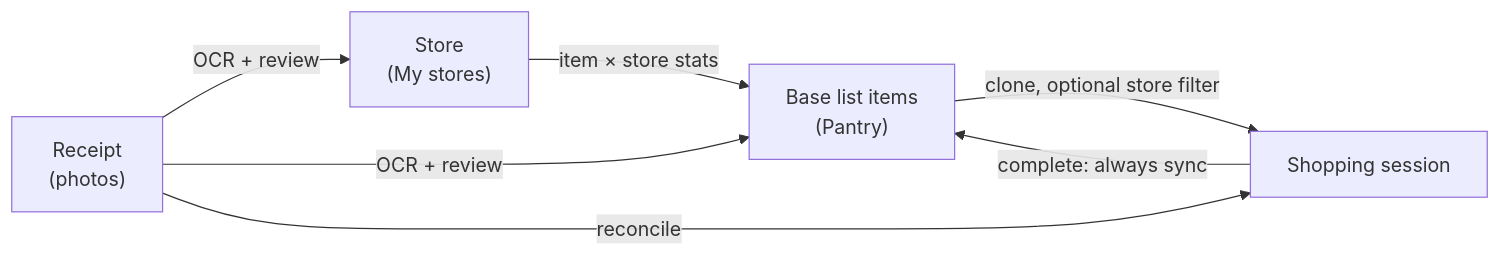
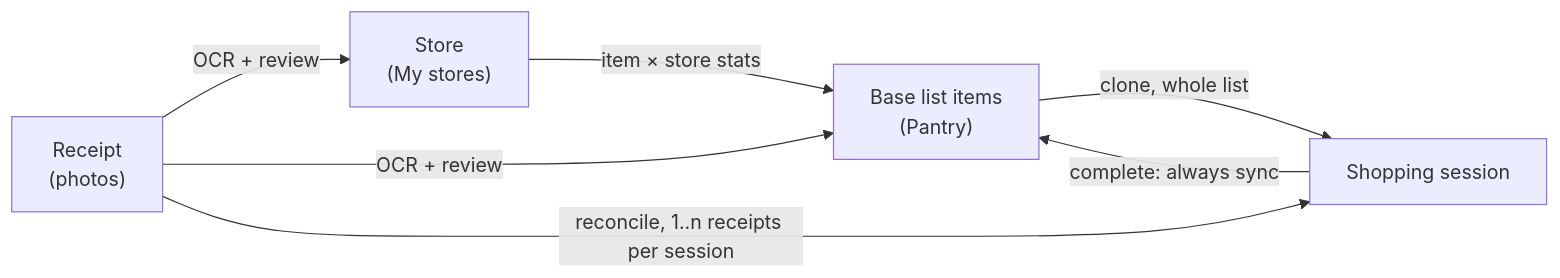
Before and after one commit to ljaviertovar/listys-web-app: the diagram in docs/prd/PRD-v3.md, drawn with Mermaid. The commit also changed other lines of this file, not shown here.

First line of the commit message:
docs(prd): sessions have no store; one receipt per store per trip

````diff
--- a/docs/prd/PRD-v3.md
+++ b/docs/prd/PRD-v3.md
@@ -115,9 +117,9 @@
 ```mermaid
 flowchart LR
   R["Receipt<br/>(photos)"] -->|OCR + review| S["Store<br/>(My stores)"]
   R -->|OCR + review| I["Base list items<br/>(Pantry)"]
   S -->|item × store stats| I
-  I -->|clone, optional store filter| SS["Shopping session"]
+  I -->|clone, whole list| SS["Shopping session"]
   SS -->|complete: always sync| I
-  R -->|reconcile| SS
+  R -->|reconcile, 1..n receipts per session| SS
 ```
````
